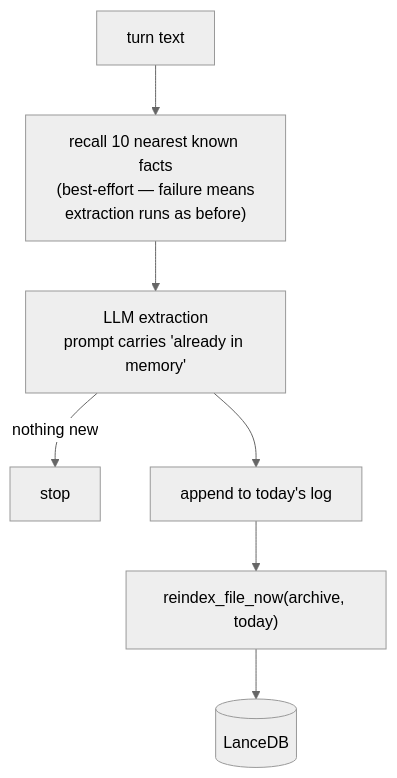
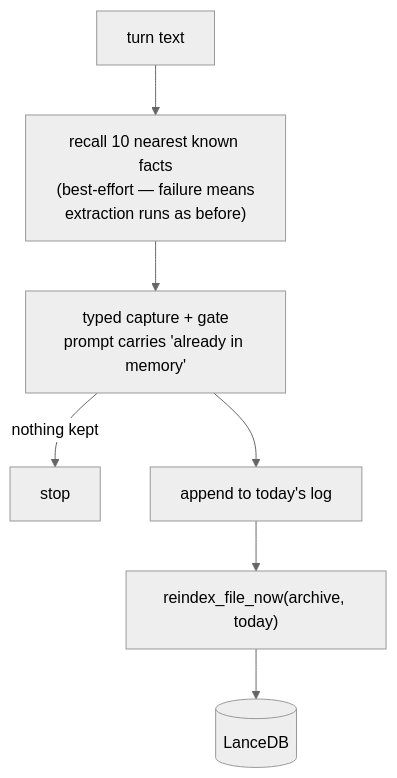
The second of 3 diagrams in docs/08-developing/architecture/memory-architecture.md (cyzus/suzent), drawn with Mermaid before and after one commit. The commit also changed other lines of this file and 12 other files, not shown here.

First line of the commit message:
refactor(memory): make typed capture the only extractor

````diff
--- a/docs/08-developing/architecture/memory-architecture.md
+++ b/docs/08-developing/architecture/memory-architecture.md
@@ -75,10 +75,10 @@
 ```mermaid
 %%{init: {'theme':'neutral'}}%%
 flowchart TD
     A["turn text"] --> B["recall 10 nearest known facts<br/>(best-effort — failure means<br/>extraction runs as before)"]
-    B --> C["LLM extraction<br/>prompt carries 'already in memory'"]
-    C -->|nothing new| Z["stop"]
+    B --> C["typed capture + gate<br/>prompt carries 'already in memory'"]
+    C -->|nothing kept| Z["stop"]
     C --> D["append to today's log"]
     D --> E["reindex_file_now(archive, today)"]
     E --> F[("LanceDB")]
 ```
````
